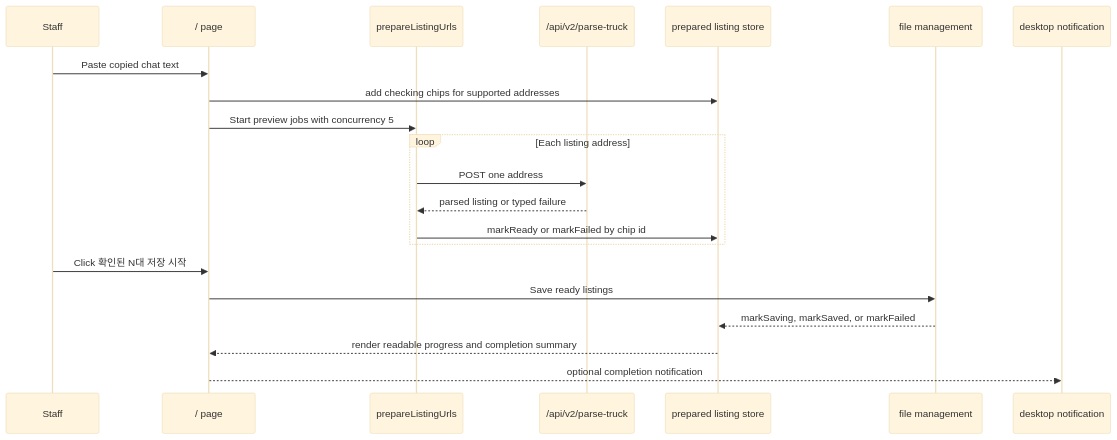
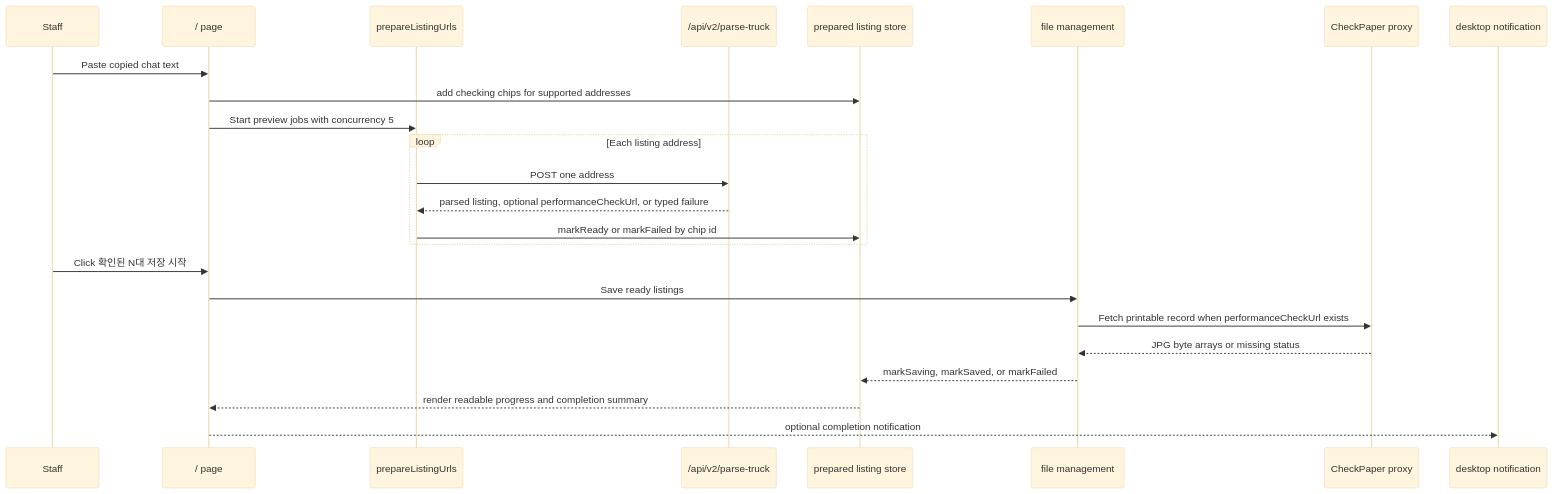
The second of 2 diagrams in docs/architecture.md (jaem1n207/truck-harvester), drawn with Mermaid (base theme) before and after one commit. The commit also changed other lines of this file, not shown here.

````diff
--- a/docs/architecture.md
+++ b/docs/architecture.md
@@ -54,24 +59,27 @@
 ```mermaid
 sequenceDiagram
   participant User as Staff
   participant Page as / page
   participant Prep as prepareListingUrls
   participant API as /api/v2/parse-truck
   participant Store as prepared listing store
   participant Save as file management
+  participant Check as CheckPaper proxy
   participant Notify as desktop notification
 
   User->>Page: Paste copied chat text
   Page->>Store: add checking chips for supported addresses
   Page->>Prep: Start preview jobs with concurrency 5
   loop Each listing address
     Prep->>API: POST one address
-    API-->>Prep: parsed listing or typed failure
+    API-->>Prep: parsed listing, optional performanceCheckUrl, or typed failure
     Prep->>Store: markReady or markFailed by chip id
   end
   User->>Page: Click 확인된 N대 저장 시작
   Page->>Save: Save ready listings
+  Save->>Check: Fetch printable record when performanceCheckUrl exists
+  Check-->>Save: JPG byte arrays or missing status
   Save-->>Store: markSaving, markSaved, or markFailed
   Store-->>Page: render readable progress and completion summary
   Page-->>Notify: optional completion notification
 ```
````
